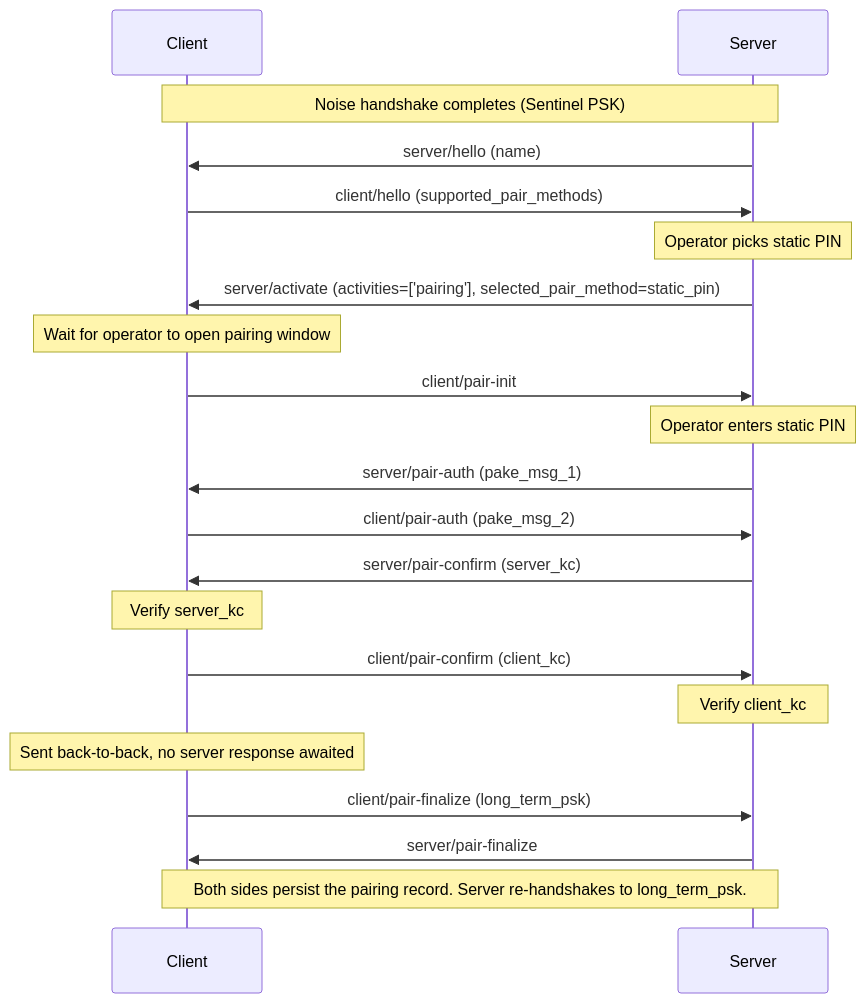
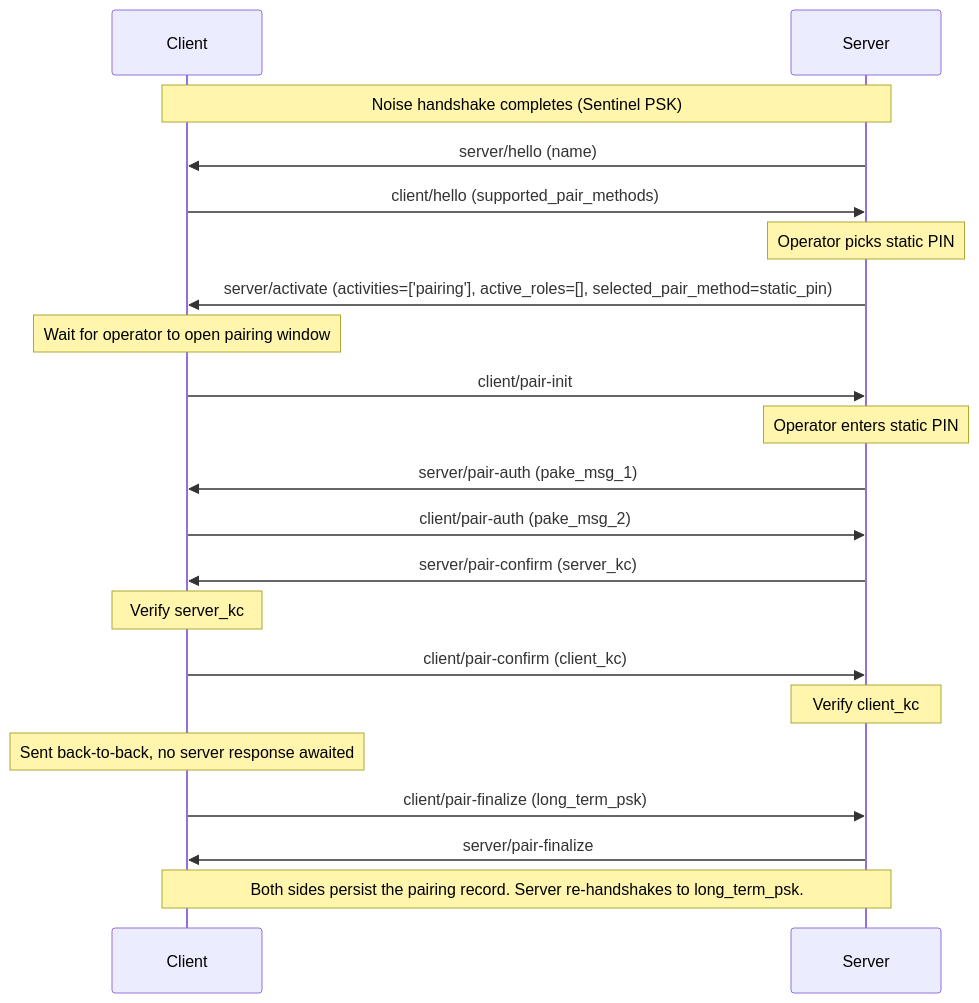
The fourth of 4 diagrams in README.md (Resonate-Protocol/spec), drawn with Mermaid before and after one commit. The commit also changed other lines of this file, not shown here.

````diff
--- a/README.md
+++ b/README.md
@@ -746,25 +756,25 @@
 ```mermaid
 sequenceDiagram
     participant Client
     participant Server
 
     Note over Client,Server: Noise handshake completes (Sentinel PSK)
 
     Server->>Client: server/hello (name)
     Client->>Server: client/hello (supported_pair_methods)
     Note over Server: Operator picks static PIN
-    Server->>Client: server/activate (activities=['pairing'], selected_pair_method=static_pin)
+    Server->>Client: server/activate (activities=['pairing'], active_roles=[], selected_pair_method=static_pin)
     Note over Client: Wait for operator to open pairing window
     Client->>Server: client/pair-init
     Note over Server: Operator enters static PIN
     Server->>Client: server/pair-auth (pake_msg_1)
     Client->>Server: client/pair-auth (pake_msg_2)
     Server->>Client: server/pair-confirm (server_kc)
     Note over Client: Verify server_kc
     Client->>Server: client/pair-confirm (client_kc)
     Note over Server: Verify client_kc
     Note over Client: Sent back-to-back, no server response awaited
     Client->>Server: client/pair-finalize (long_term_psk)
     Server->>Client: server/pair-finalize
     Note over Client,Server: Both sides persist the pairing record. Server re-handshakes to long_term_psk.
 ```
````
